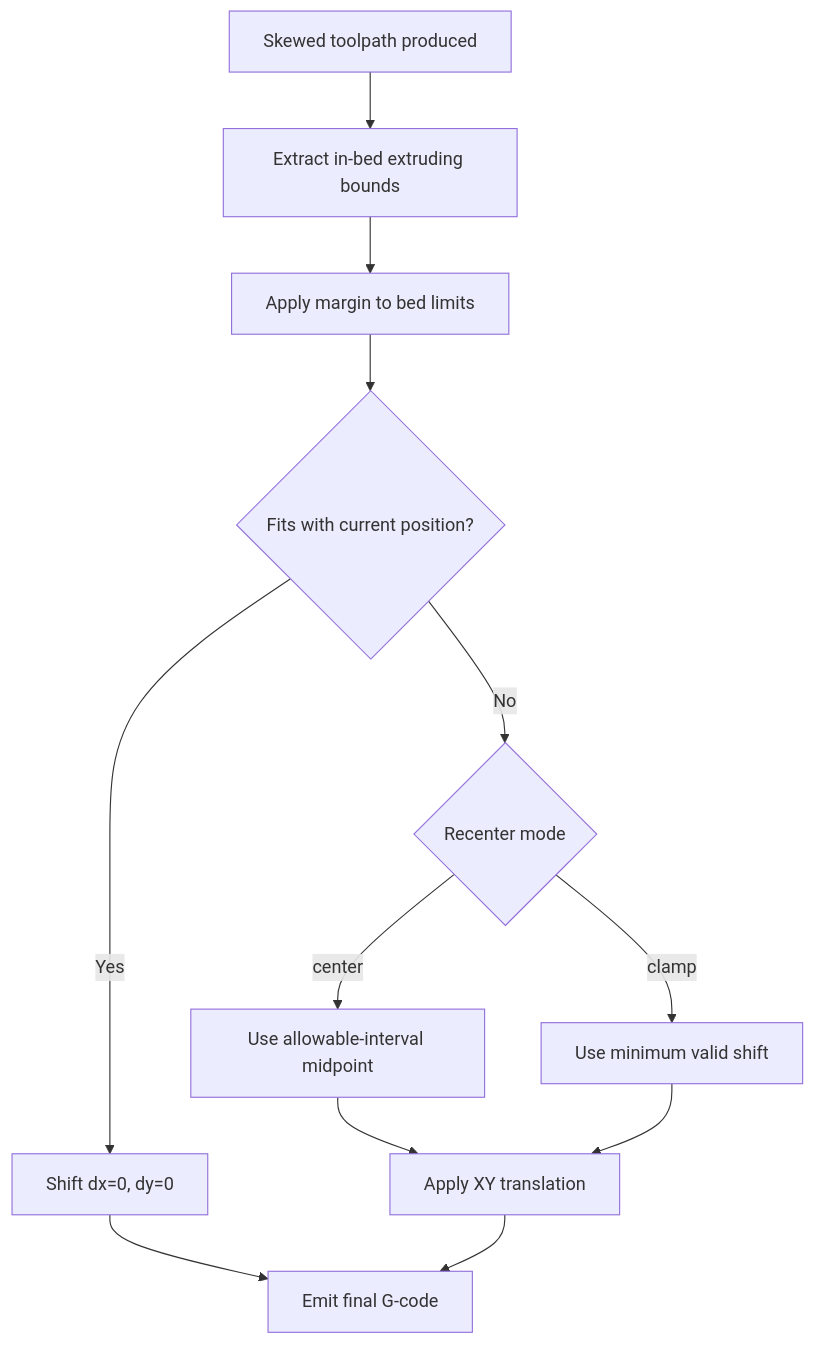
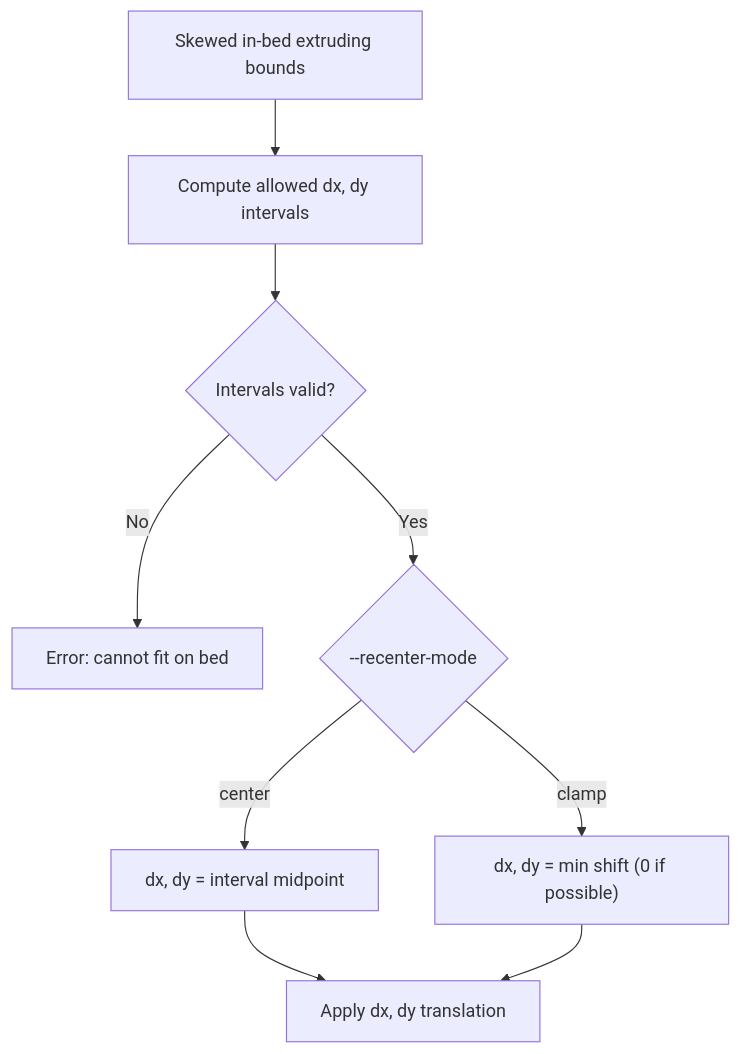
Before and after one commit to hyiger/prusaslicer-skew-fix: the second of 5 diagrams in DIAGRAMS.md, drawn with Mermaid. The commit also changed other lines of this file, not shown here.

First line of the commit message:
docs: tighten DIAGRAMS.md from 9 diagrams to 5

````diff
--- a/DIAGRAMS.md
+++ b/DIAGRAMS.md
@@ -37,14 +23,11 @@
 ```mermaid
 flowchart TD
-  A["Skewed toolpath produced"] --> B["Extract in-bed extruding bounds"]
-  B --> C["Apply margin to bed limits"]
-  C --> D{"Fits with current position?"}
-  D -- "Yes" --> E["Shift dx=0, dy=0"]
-  D -- "No" --> F{"Recenter mode"}
-  F -- "center" --> G["Use allowable-interval midpoint"]
-  F -- "clamp" --> H["Use minimum valid shift"]
-  G --> I["Apply XY translation"]
-  H --> I
-  E --> J["Emit final G-code"]
-  I --> J
+  A["Skewed in-bed extruding bounds"] --> B["Compute allowed dx, dy intervals"]
+  B --> C{"Intervals valid?"}
+  C -- "No" --> D["Error: cannot fit on bed"]
+  C -- "Yes" --> E{"--recenter-mode"}
+  E -- "center" --> F["dx, dy = interval midpoint"]
+  E -- "clamp" --> G["dx, dy = min shift (0 if possible)"]
+  F --> H["Apply dx, dy translation"]
+  G --> H
 ```
````
